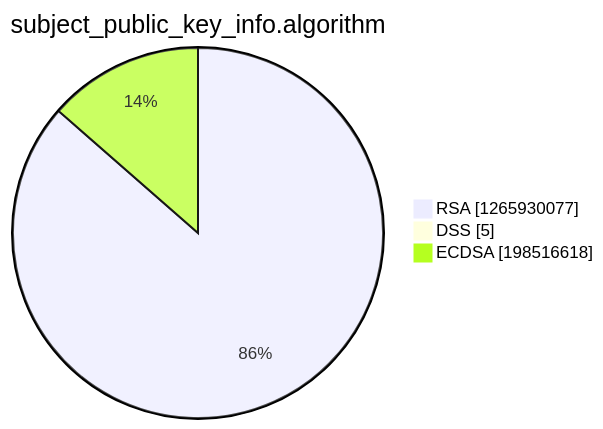
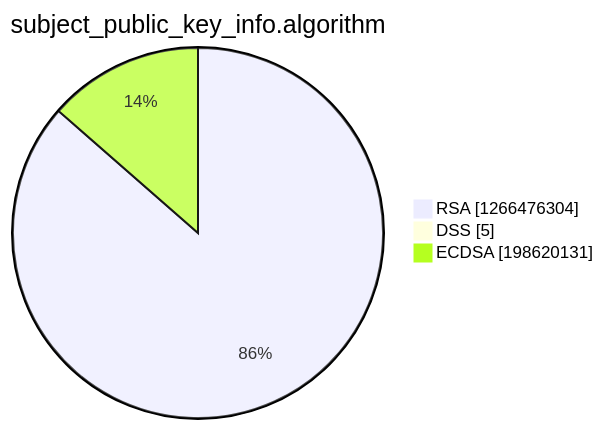
The third of 15 diagrams in argon2022/README.md (christiankrug/ctmonitor_visualization), drawn with Mermaid before and after one commit. The commit also changed other lines of this file, not shown here.

````diff
--- a/argon2022/README.md
+++ b/argon2022/README.md
@@ -14,7 +14,7 @@
 ```mermaid
 pie showData
 title subject_public_key_info.algorithm
-"RSA" :1265930077
+"RSA" :1266476304
 "DSS" :5
-"ECDSA" :198516618
+"ECDSA" :198620131
 ```
````
